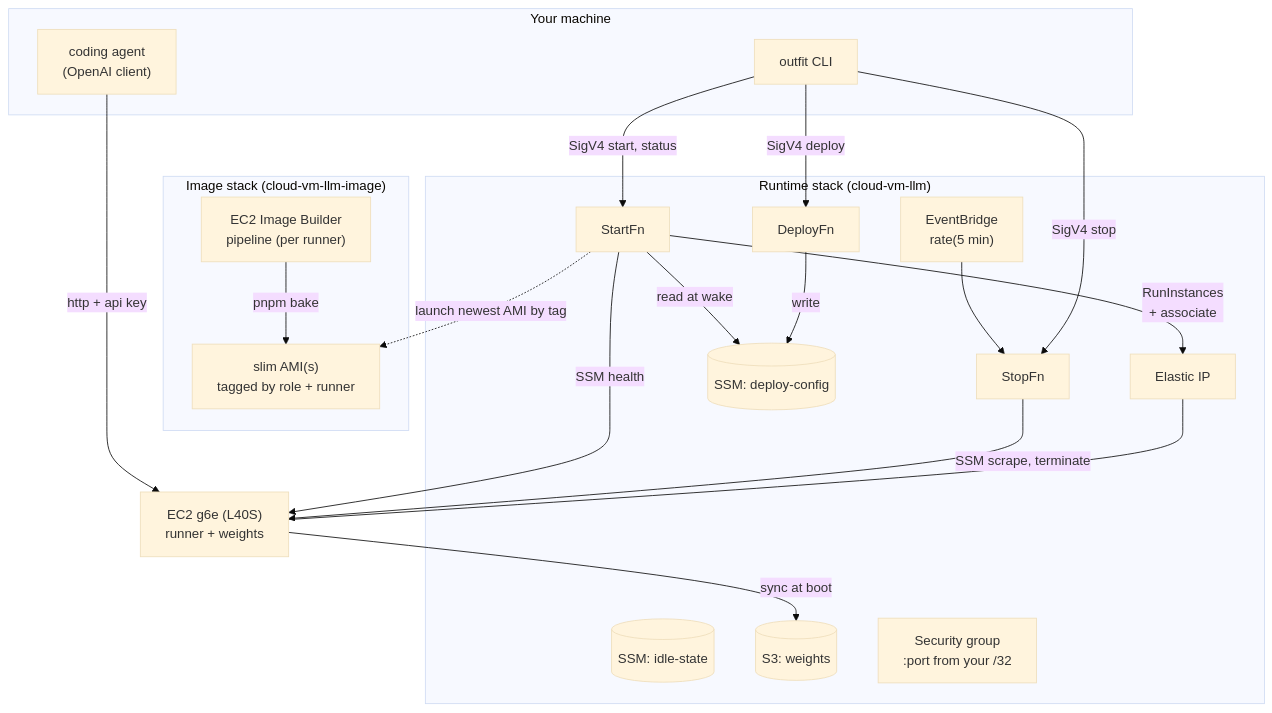
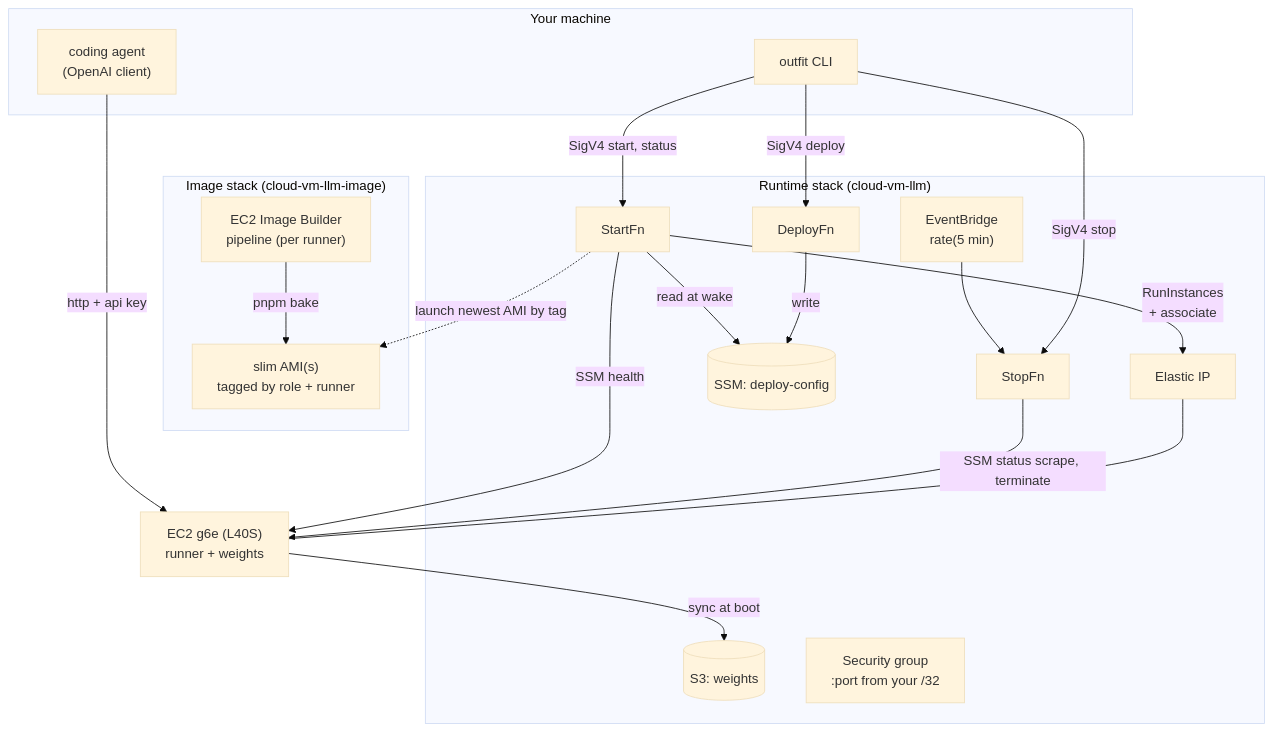
The first of 4 diagrams in remote/docs/architecture.md (lucinate-ai/outfit), drawn with Mermaid (base theme) before and after one commit. The commit also changed other lines of this file and 21 other files, not shown here.

````diff
--- a/remote/docs/architecture.md
+++ b/remote/docs/architecture.md
@@ -27,41 +27,40 @@
 ```mermaid
 flowchart TB
   subgraph client["Your machine"]
     agent["coding agent<br/>(OpenAI client)"]
     outfit["outfit CLI"]
   end
 
   subgraph image["Image stack (cloud-vm-llm-image)"]
     pipeline["EC2 Image Builder<br/>pipeline (per runner)"]
     ami["slim AMI(s)<br/>tagged by role + runner"]
     pipeline -->|pnpm bake| ami
   end
 
   subgraph runtime["Runtime stack (cloud-vm-llm)"]
     start["StartFn"]
     stop["StopFn"]
     deploy["DeployFn"]
     dcfg[("SSM: deploy-config")]
-    idle[("SSM: idle-state")]
     eip["Elastic IP"]
     s3[("S3: weights")]
     sg["Security group<br/>:port from your /32"]
     sched["EventBridge<br/>rate(5 min)"]
   end
 
   inst["EC2 g6e (L40S)<br/>runner + weights"]
 
   outfit -->|SigV4 start, status| start
   outfit -->|SigV4 stop| stop
   outfit -->|SigV4 deploy| deploy
   deploy -->|write| dcfg
   start -->|read at wake| dcfg
   start -->|RunInstances<br/>+ associate| eip
   start -.->|launch newest AMI by tag| ami
   inst -->|sync at boot| s3
   eip --- inst
   agent -->|http + api key| inst
   sched --> stop
-  stop -->|SSM scrape, terminate| inst
+  stop -->|SSM status scrape, terminate| inst
   start -->|SSM health| inst
 ```
````
